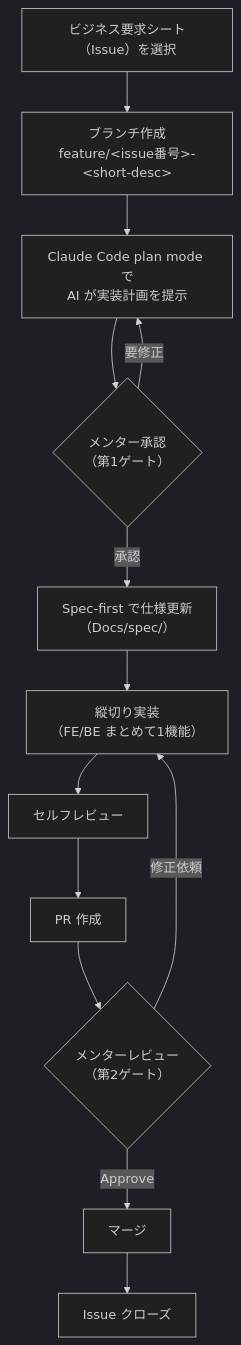
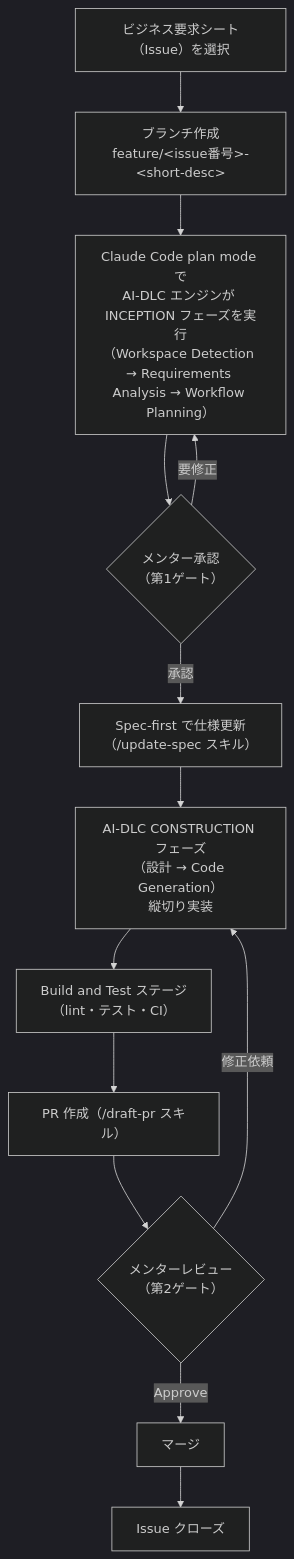
The third of 3 diagrams in Docs/guide/dev-workflow.md (CHS-Training-Org/ai_training_for_chuo_system), drawn with Mermaid (dark theme) before and after one commit. The commit also changed other lines of this file and 29 other files, not shown here.

````diff
--- a/Docs/guide/dev-workflow.md
+++ b/Docs/guide/dev-workflow.md
@@ -28,15 +118,15 @@
 ```mermaid
 flowchart TD
     A["ビジネス要求シート（Issue）を選択"] --> B["ブランチ作成<br/>feature/&lt;issue番号&gt;-&lt;short-desc&gt;"]
-    B --> C["Claude Code plan mode で<br/>AI が実装計画を提示"]
+    B --> C["Claude Code plan mode で<br/>AI-DLC エンジンが INCEPTION フェーズを実行<br/>（Workspace Detection → Requirements Analysis → Workflow Planning）"]
     C --> G1{"メンター承認<br/>（第1ゲート）"}
-    G1 -- 承認 --> D["Spec-first で仕様更新<br/>（Docs/spec/）"]
+    G1 -- 承認 --> D["Spec-first で仕様更新<br/>（/update-spec スキル）"]
     G1 -- 要修正 --> C
-    D --> E["縦切り実装<br/>（FE/BE まとめて1機能）"]
-    E --> F["セルフレビュー"]
-    F --> H["PR 作成"]
+    D --> E["AI-DLC CONSTRUCTION フェーズ<br/>（設計 → Code Generation）<br/>縦切り実装"]
+    E --> F["Build and Test ステージ<br/>（lint・テスト・CI）"]
+    F --> H["PR 作成（/draft-pr スキル）"]
     H --> G2{"メンターレビュー<br/>（第2ゲート）"}
     G2 -- Approve --> I["マージ"]
     G2 -- 修正依頼 --> E
     I --> J["Issue クローズ"]
 ```
````
